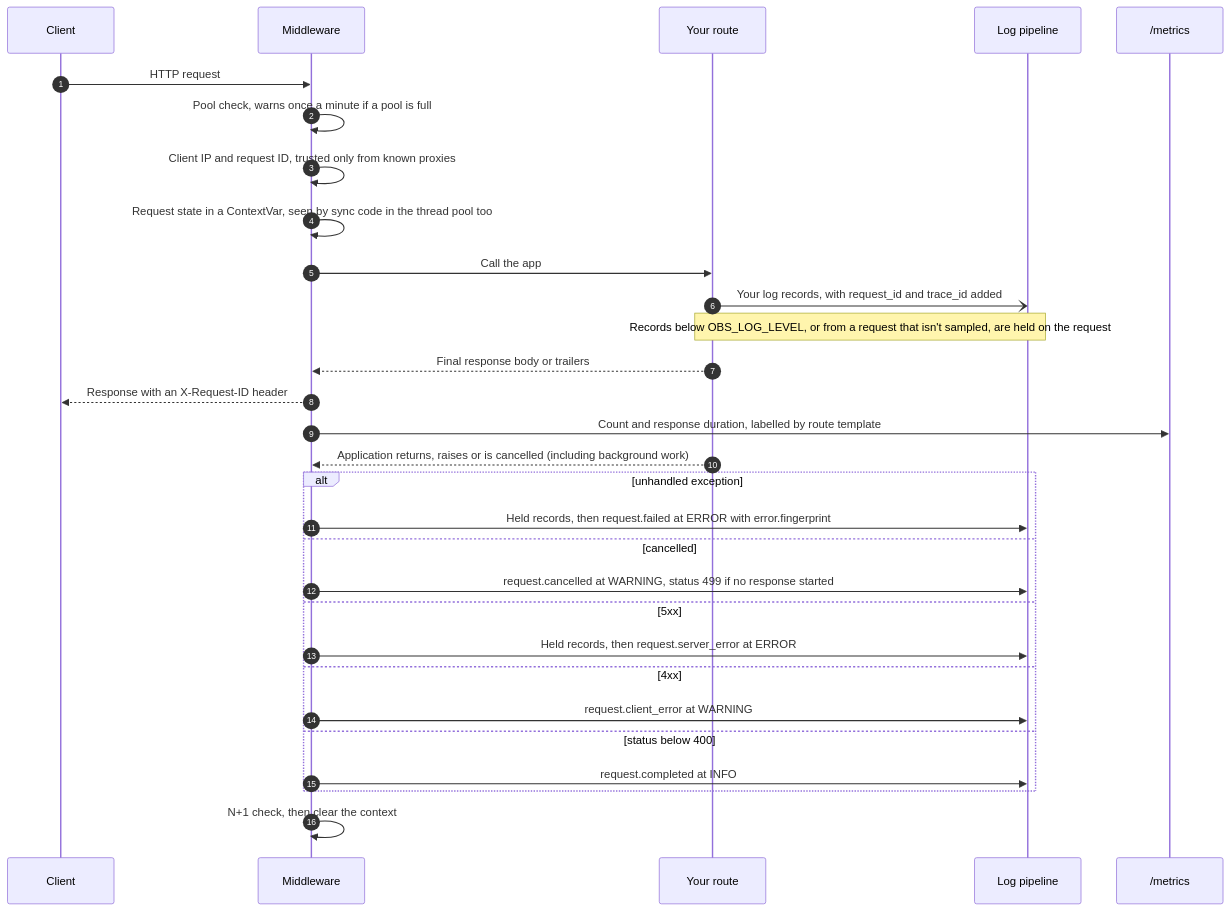
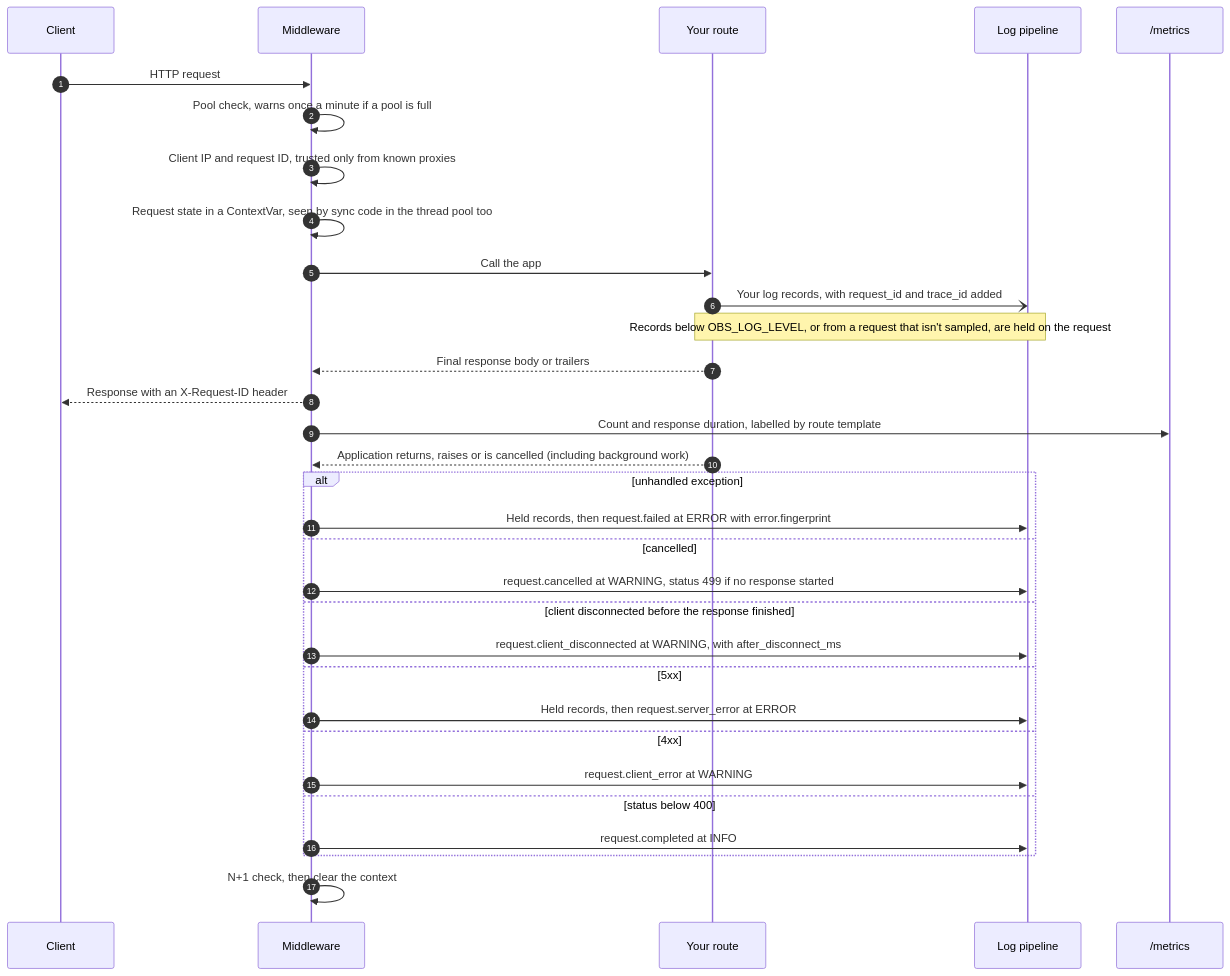
One commit to Vitaee/FastapiObserver changed the second of 4 diagrams in docs/architecture.md. Above: the diagram before and after it, drawn with Mermaid. The commit also changed other lines of this file and 15 other files, not shown here.

````diff
--- a/docs/architecture.md
+++ b/docs/architecture.md
@@ -84,33 +84,35 @@
 ```mermaid
 sequenceDiagram
   autonumber
   participant C as Client
   participant M as Middleware
   participant A as Your route
   participant L as Log pipeline
   participant P as /metrics
 
   C->>M: HTTP request
   M->>M: Pool check, warns once a minute if a pool is full
   M->>M: Client IP and request ID, trusted only from known proxies
   M->>M: Request state in a ContextVar, seen by sync code in the thread pool too
   M->>A: Call the app
   A-)L: Your log records, with request_id and trace_id added
   Note over A,L: Records below OBS_LOG_LEVEL, or from a request that isn't sampled, are held on the request
   A-->>M: Final response body or trailers
   M-->>C: Response with an X-Request-ID header
   M->>P: Count and response duration, labelled by route template
   A-->>M: Application returns, raises or is cancelled (including background work)
   alt unhandled exception
     M->>L: Held records, then request.failed at ERROR with error.fingerprint
   else cancelled
     M->>L: request.cancelled at WARNING, status 499 if no response started
+  else client disconnected before the response finished
+    M->>L: request.client_disconnected at WARNING, with after_disconnect_ms
   else 5xx
     M->>L: Held records, then request.server_error at ERROR
   else 4xx
     M->>L: request.client_error at WARNING
   else status below 400
     M->>L: request.completed at INFO
   end
   M->>M: N+1 check, then clear the context
 ```
````
